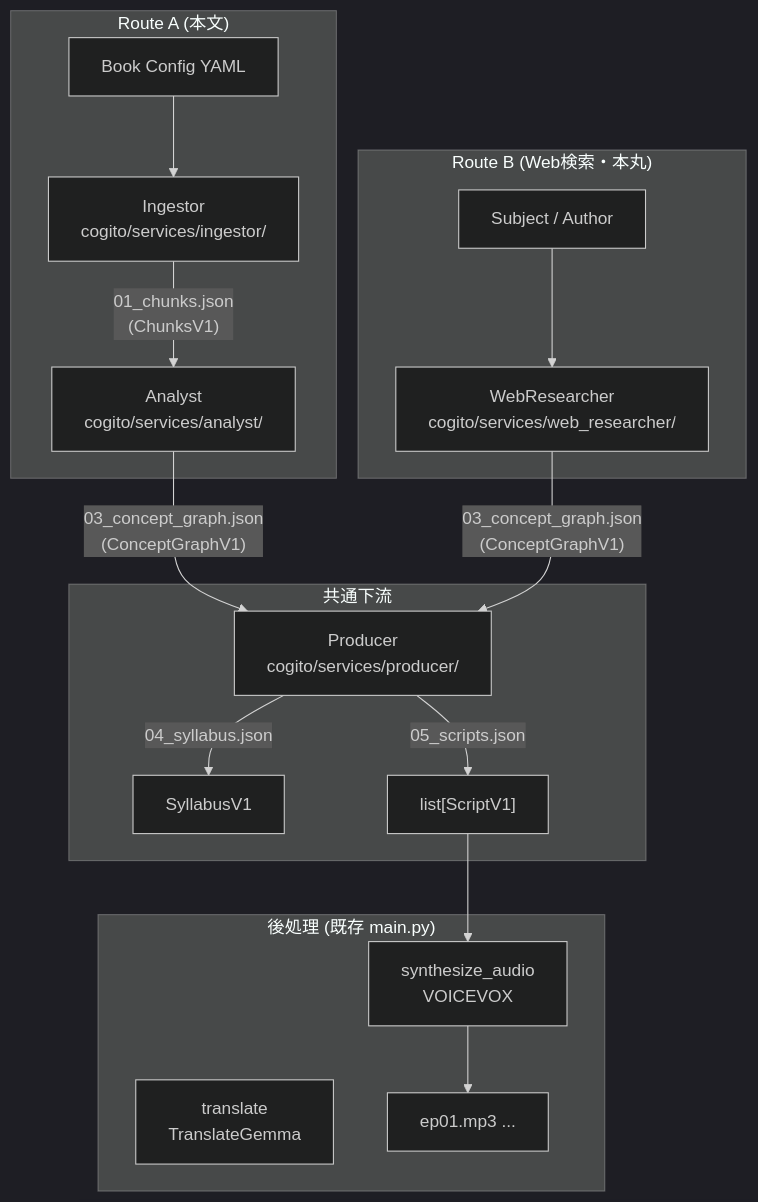
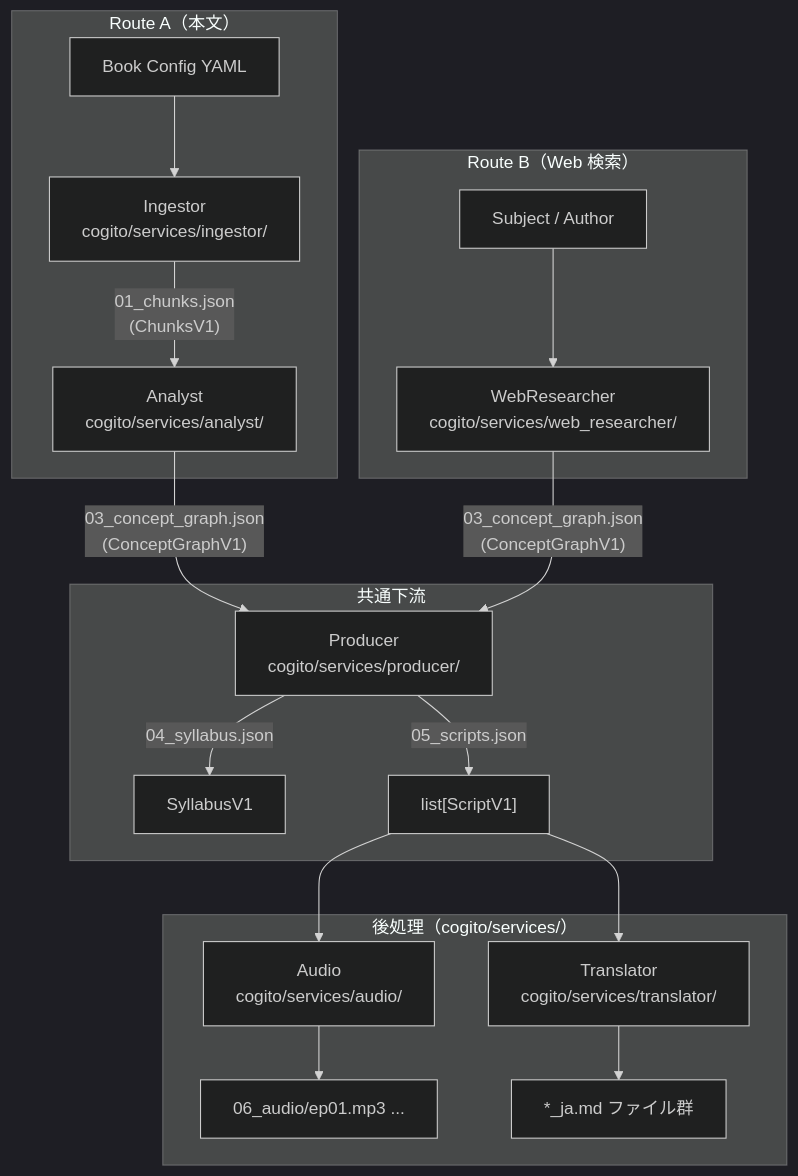
Before and after one commit to yuzuponikemi/book-research: the diagram in docs/architecture-v2.md, drawn with Mermaid (dark theme). The commit also changed other lines of this file and 8 other files, not shown here.

First line of the commit message:
Update documentation for microservices architecture and remove outdated usage guide

````diff
--- a/docs/architecture-v2.md
+++ b/docs/architecture-v2.md
@@ -220,32 +278,34 @@
 ```mermaid
 graph TD
-    subgraph "Route A (本文)"
+    subgraph "Route A（本文）"
         BookConfig["Book Config YAML"]
         Ingestor["Ingestor\ncogito/services/ingestor/"]
         Analyst["Analyst\ncogito/services/analyst/"]
         BookConfig --> Ingestor
         Ingestor -- "01_chunks.json\n(ChunksV1)" --> Analyst
     end
 
-    subgraph "Route B (Web検索・本丸)"
+    subgraph "Route B（Web 検索）"
         Subject["Subject / Author"]
         WebResearcher["WebResearcher\ncogito/services/web_researcher/"]
         Subject --> WebResearcher
     end
 
     Analyst -- "03_concept_graph.json\n(ConceptGraphV1)" --> Producer
     WebResearcher -- "03_concept_graph.json\n(ConceptGraphV1)" --> Producer
 
     subgraph "共通下流"
         Producer["Producer\ncogito/services/producer/"]
         Producer -- "04_syllabus.json" --> SyllabusOut["SyllabusV1"]
         Producer -- "05_scripts.json" --> ScriptsOut["list[ScriptV1]"]
     end
 
-    subgraph "後処理 (既存 main.py)"
-        Audio["synthesize_audio\nVOICEVOX"]
-        Translate["translate\nTranslateGemma"]
+    subgraph "後処理（cogito/services/）"
+        Audio["Audio\ncogito/services/audio/"]
+        Translate["Translator\ncogito/services/translator/"]
         ScriptsOut --> Audio
-        Audio --> MP3["ep01.mp3 ..."]
+        Audio --> MP3["06_audio/ep01.mp3 ..."]
+        ScriptsOut --> Translate
+        Translate --> JA["*_ja.md ファイル群"]
     end
 ```
````
